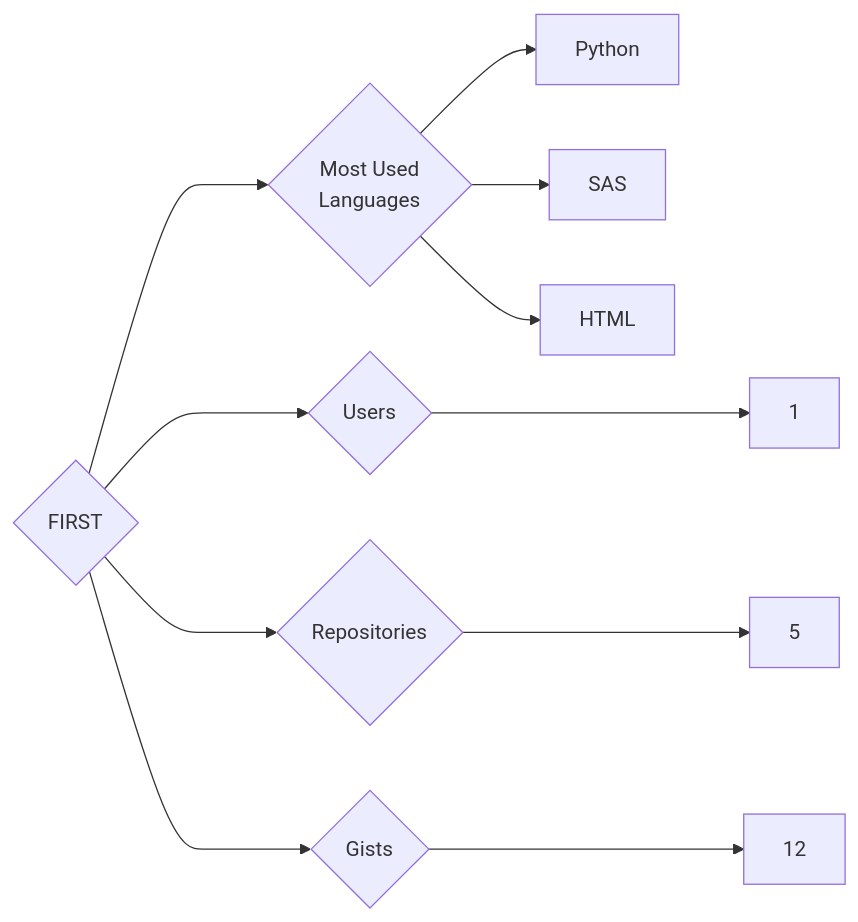
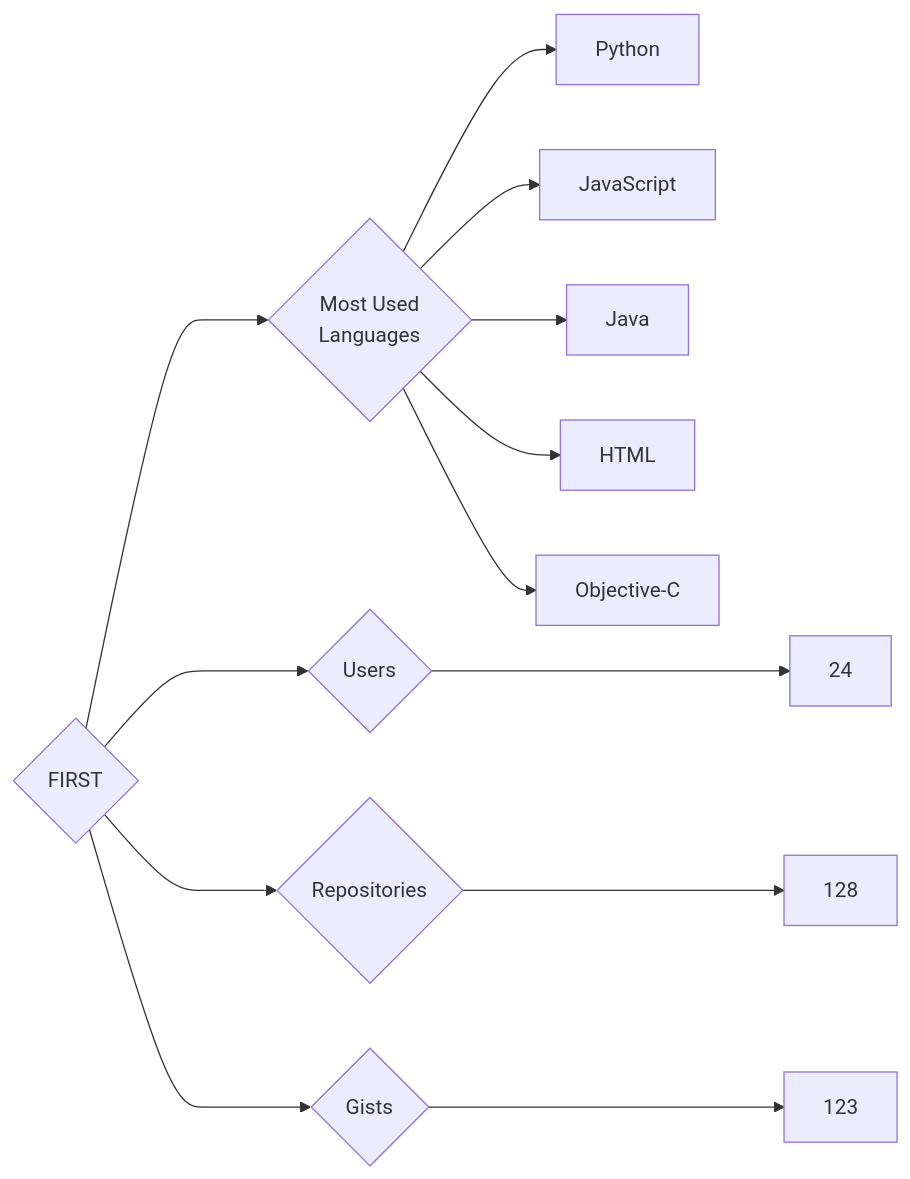
The diagram in targets/FIRST/README.md (trickest/insiders), drawn with Mermaid before and after one commit. The commit also changed 786 other files, not shown here.

````diff
--- a/targets/FIRST/README.md
+++ b/targets/FIRST/README.md
@@ -3,11 +3,13 @@
 ```mermaid
 graph LR
 COMPANY_NAME{FIRST}
-COMPANY_NAME ---> U{Users} ---> UN[1]
-COMPANY_NAME ---> R{Repositories} ---> RN[5]
-COMPANY_NAME ---> G{Gists} ---> GN[12]
+COMPANY_NAME ---> U{Users} ---> UN[24]
+COMPANY_NAME ---> R{Repositories} ---> RN[128]
+COMPANY_NAME ---> G{Gists} ---> GN[123]
 COMPANY_NAME ---> ML{Most Used<br>Languages}
 ML --> Python[Python]
-ML --> SAS[SAS]
+ML --> JavaScript[JavaScript]
+ML --> Java[Java]
 ML --> HTML[HTML]
+ML --> Objective-C[Objective-C]
 ```
````
